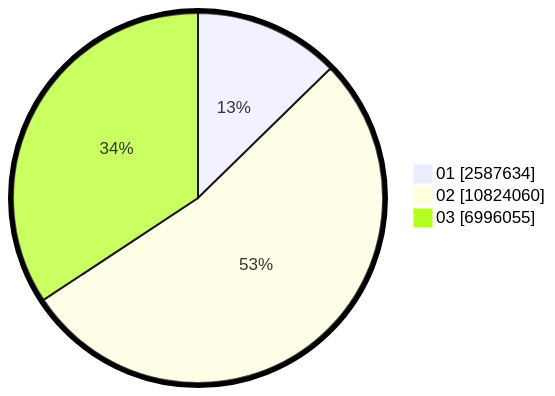
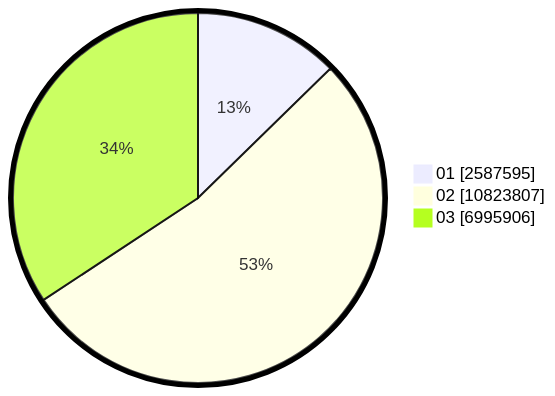
Before and after one commit to gigit-pemilu/pemilu-2024: the second of 2 diagrams in pilpres/hitung-suara/sub/table-wilayah-33.md, drawn with Mermaid. The commit also changed other lines of this file and 6 other files, not shown here.

````diff
--- a/pilpres/hitung-suara/sub/table-wilayah-33.md
+++ b/pilpres/hitung-suara/sub/table-wilayah-33.md
@@ -15,7 +15,7 @@
 ```mermaid
 %%{init: {"pie": {"textPosition": 0.5}, "themeVariables": {"pieOuterStrokeWidth": "5px"}} }%%
 pie showData
-    "01" : 2587634
-    "02" : 10824060
-    "03" : 6996055
+    "01" : 2587595
+    "02" : 10823807
+    "03" : 6995906
 ```
````
